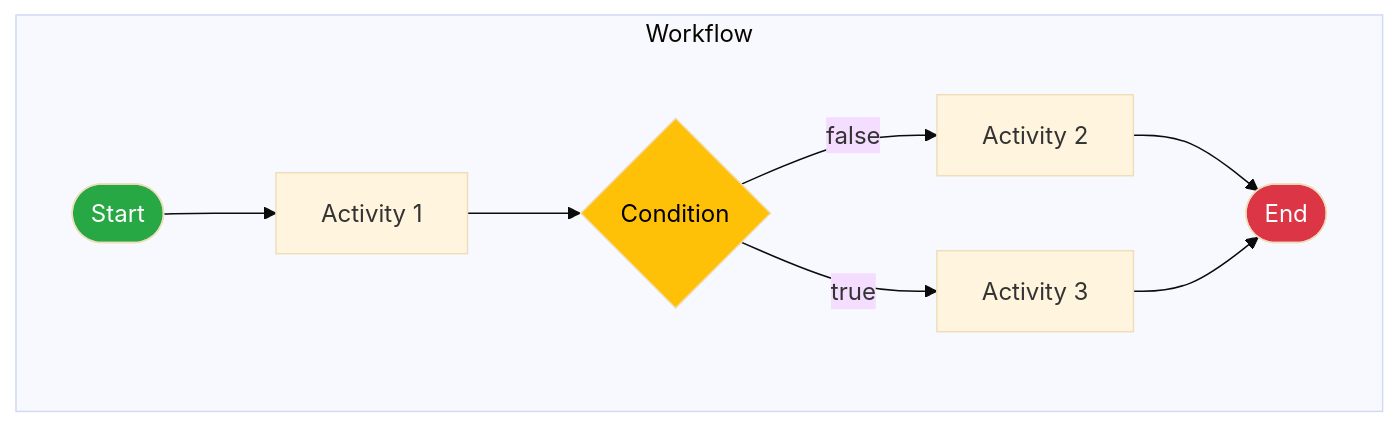
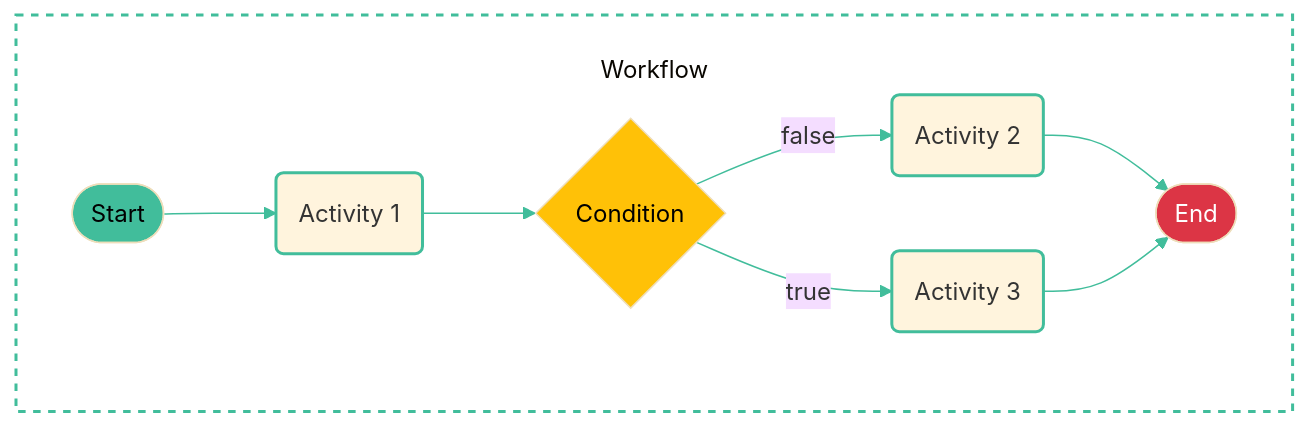
Before and after one commit to diagrid-labs/dapr-workflow-concerto: the diagram in .demo/slides/02-dapr-workflow/04-dapr-workflow-explanation.md, drawn with Mermaid (base theme). The commit also changed 8 other files, not shown here.

Commit message:
Update mermaid styles

````diff
--- a/.demo/slides/02-dapr-workflow/04-dapr-workflow-explanation.md
+++ b/.demo/slides/02-dapr-workflow/04-dapr-workflow-explanation.md
@@ -12,18 +12,23 @@
 ```mermaid
 graph LR
-    subgraph Workflow
+    subgraph Workflow ["<br/>Workflow"]
     direction LR
     Start([Start])
     End([End])
-    Start --> A1[Activity 1]
+    Start --> A1(Activity 1)
     A1 --> IF{Condition}
-    IF--false-->A2[Activity 2]
-    IF--true-->A3[Activity 3]
+    IF--false-->A2(Activity 2)
+    IF--true-->A3(Activity 3)
     A2 --> End 
     A3 --> End
     end
     
-    style Start fill:#28a745,color:#ffffff
+    style Workflow fill:none,stroke:#41bd9b,stroke-width:2px,stroke-dasharray:5 5
+    style Start fill:#41bd9b,color:#000000
     style End fill:#dc3545,color:#ffffff
     style IF fill:#ffc107,color:#000000
+    style A1 stroke:#41bd9b,stroke-width:2px
+    style A2 stroke:#41bd9b,stroke-width:2px
+    style A3 stroke:#41bd9b,stroke-width:2px
+    linkStyle default stroke:#41bd9b,stroke-width:1px
 ```
````
